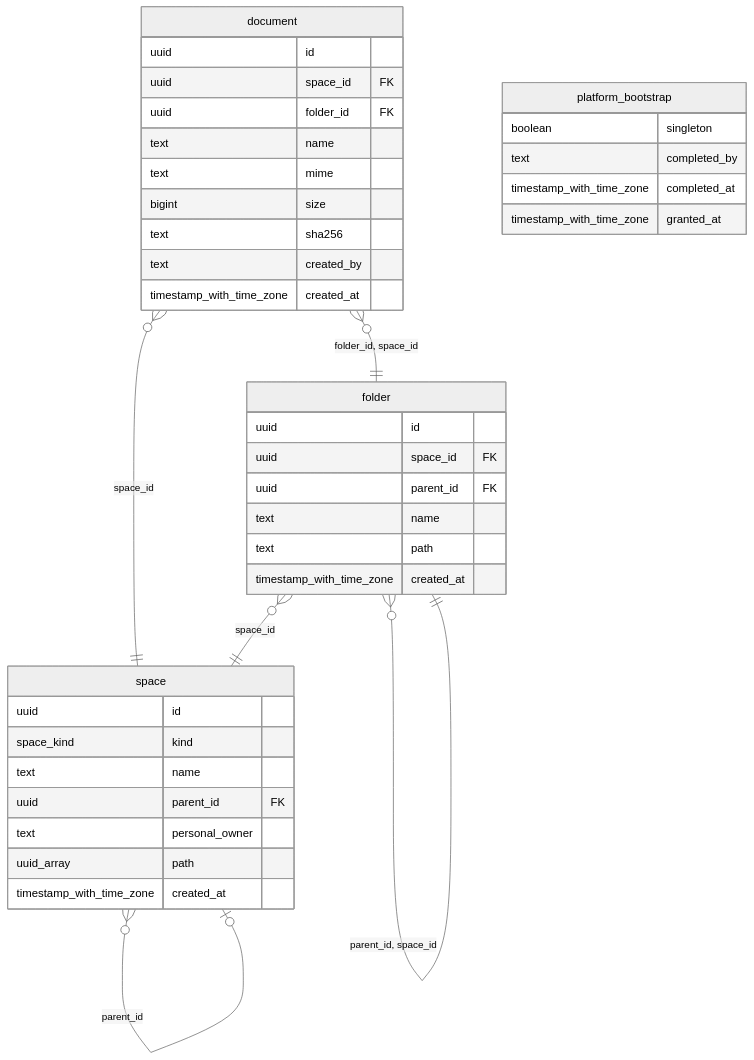
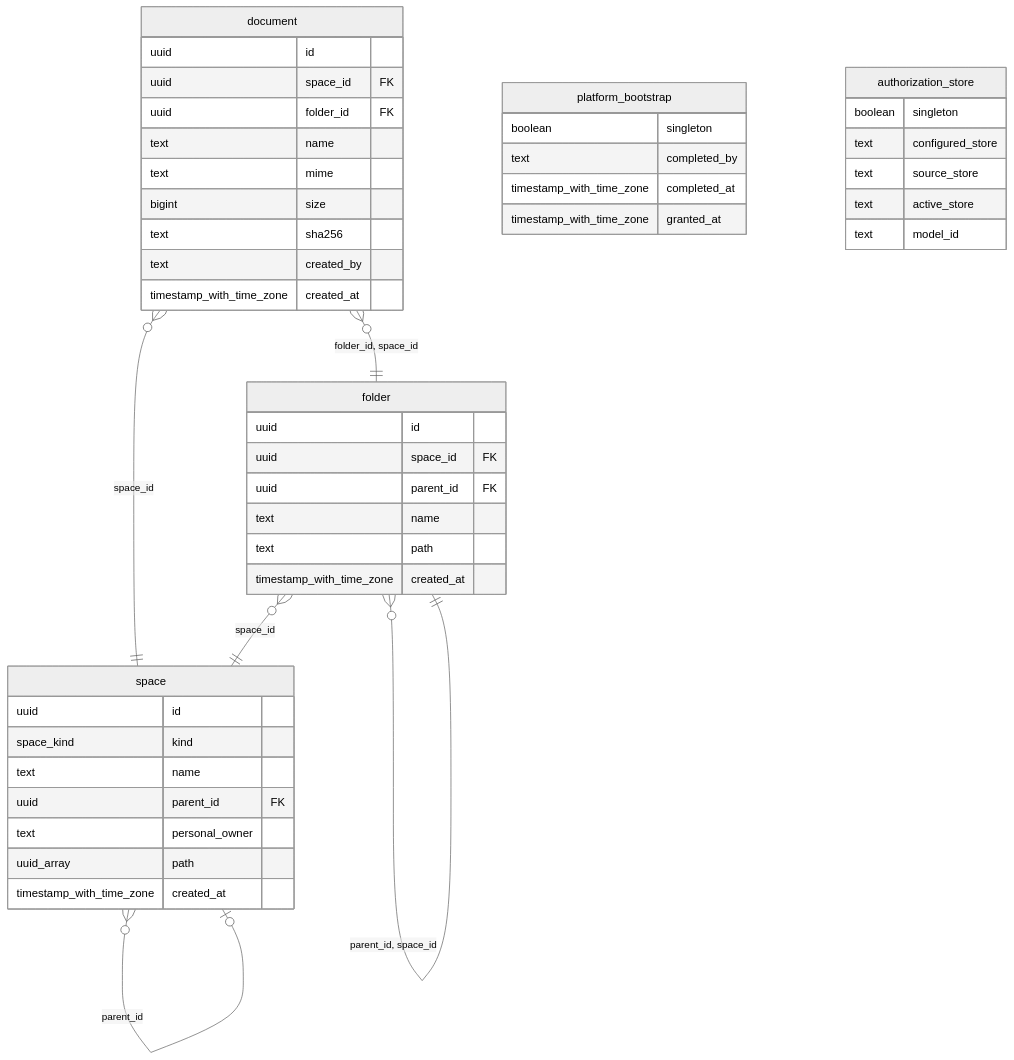
Before and after one commit to ThalesGroup/fred: the first of 2 diagrams in docs/architecture/05-data-and-authorization.md, drawn with Mermaid (neutral theme). The commit also changed other lines of this file and 30 other files, not shown here.

````diff
--- a/docs/architecture/05-data-and-authorization.md
+++ b/docs/architecture/05-data-and-authorization.md
@@ -10,44 +10,51 @@
 ```mermaid
 erDiagram
 
 "space" }o--o| "space" : "parent_id"
 "folder" }o--|| "space" : "space_id"
 "folder" }o--|| "folder" : "parent_id, space_id"
 "document" }o--|| "space" : "space_id"
 "document" }o--|| "folder" : "folder_id, space_id"
 
 "space" {
   uuid id
   space_kind kind
   text name
   uuid parent_id FK
   text personal_owner
   uuid_array path
   timestamp_with_time_zone created_at
 }
 "folder" {
   uuid id
   uuid space_id FK
   uuid parent_id FK
   text name
   text path
   timestamp_with_time_zone created_at
 }
 "document" {
   uuid id
   uuid space_id FK
   uuid folder_id FK
   text name
   text mime
   bigint size
   text sha256
   text created_by
   timestamp_with_time_zone created_at
 }
 "platform_bootstrap" {
   boolean singleton
   text completed_by
   timestamp_with_time_zone completed_at
   timestamp_with_time_zone granted_at
 }
+"authorization_store" {
+  boolean singleton
+  text configured_store
+  text source_store
+  text active_store
+  text model_id
+}
 ```
````
